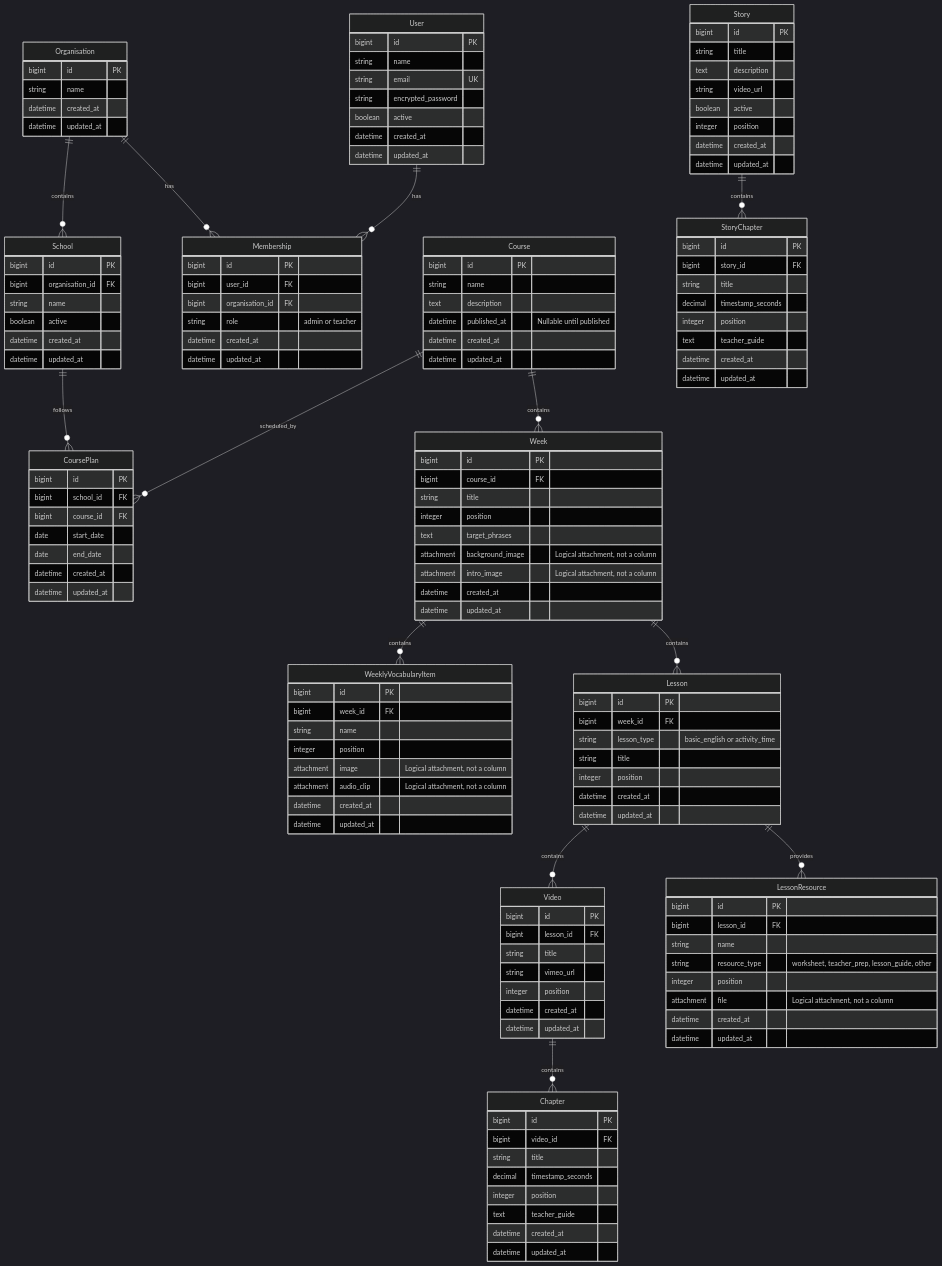
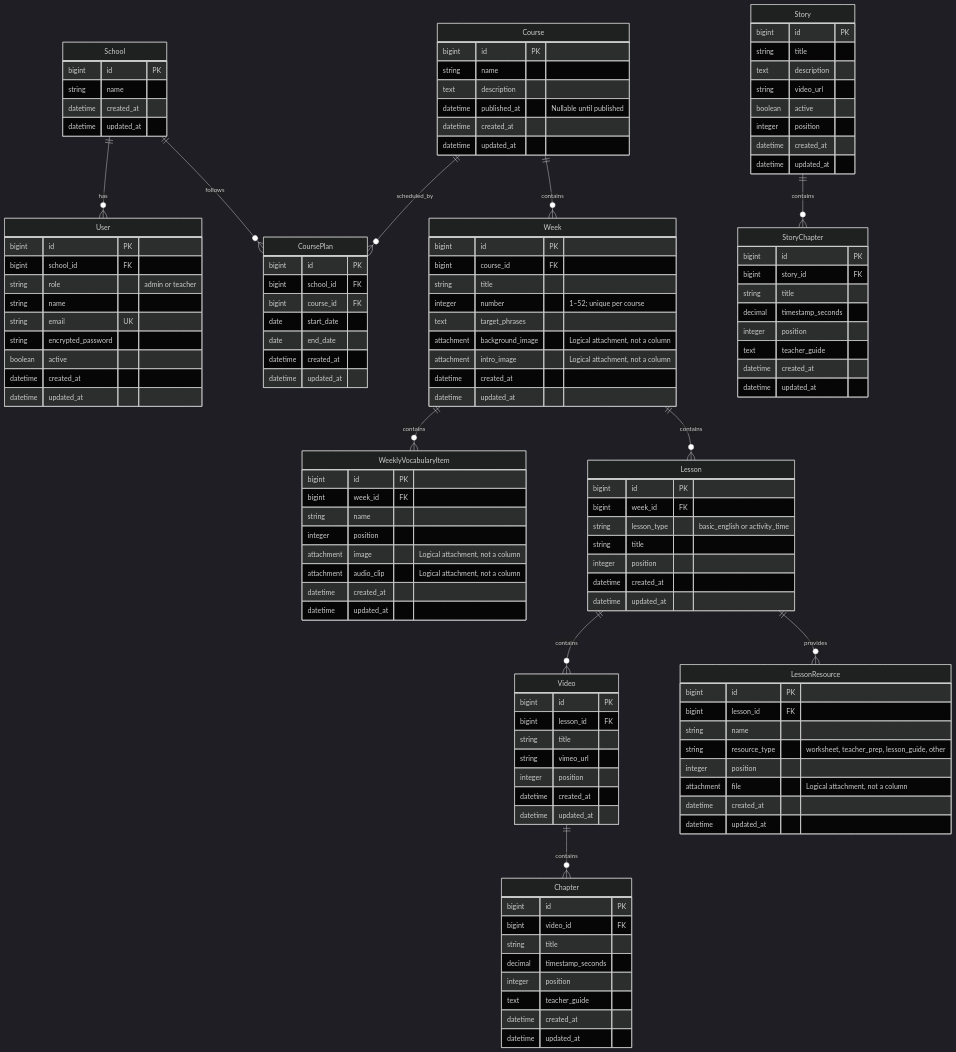
One commit to JaysonPye/Journal changed the second of 2 diagrams in AI-sensei-DB.md. Above: the diagram before and after it, drawn with Mermaid (dark theme). The commit also changed other lines of this file and 3 other files, not shown here.

````diff
--- a/AI-sensei-DB.md
+++ b/AI-sensei-DB.md
@@ -622,8 +642,6 @@
 ```mermaid
 erDiagram
-    Organisation ||--o{ School : contains
-    Organisation ||--o{ Membership : has
-    User ||--o{ Membership : has
+    School ||--o{ User : has
     School ||--o{ CoursePlan : follows
     Course ||--o{ CoursePlan : scheduled_by
     Course ||--o{ Week : contains
@@ -634,34 +652,20 @@
     Lesson ||--o{ LessonResource : provides
     Story ||--o{ StoryChapter : contains
 
-    Organisation {
+    School {
         bigint id PK
         string name
         datetime created_at
         datetime updated_at
     }
-    School {
-        bigint id PK
-        bigint organisation_id FK
-        string name
-        boolean active
-        datetime created_at
-        datetime updated_at
-    }
     User {
         bigint id PK
+        bigint school_id FK
+        string role "admin or teacher"
         string name
         string email UK
         string encrypted_password
         boolean active
-        datetime created_at
-        datetime updated_at
-    }
-    Membership {
-        bigint id PK
-        bigint user_id FK
-        bigint organisation_id FK
-        string role "admin or teacher"
         datetime created_at
         datetime updated_at
     }
@@ -686,7 +690,7 @@
         bigint id PK
         bigint course_id FK
         string title
-        integer position
+        integer number "1–52; unique per course"
         text target_phrases
         attachment background_image "Logical attachment, not a column"
         attachment intro_image "Logical attachment, not a column"
````
